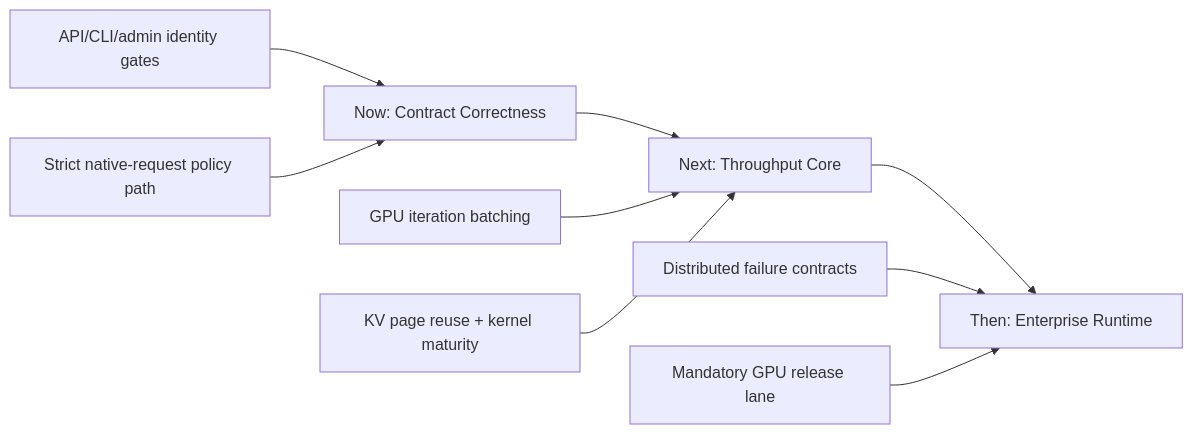
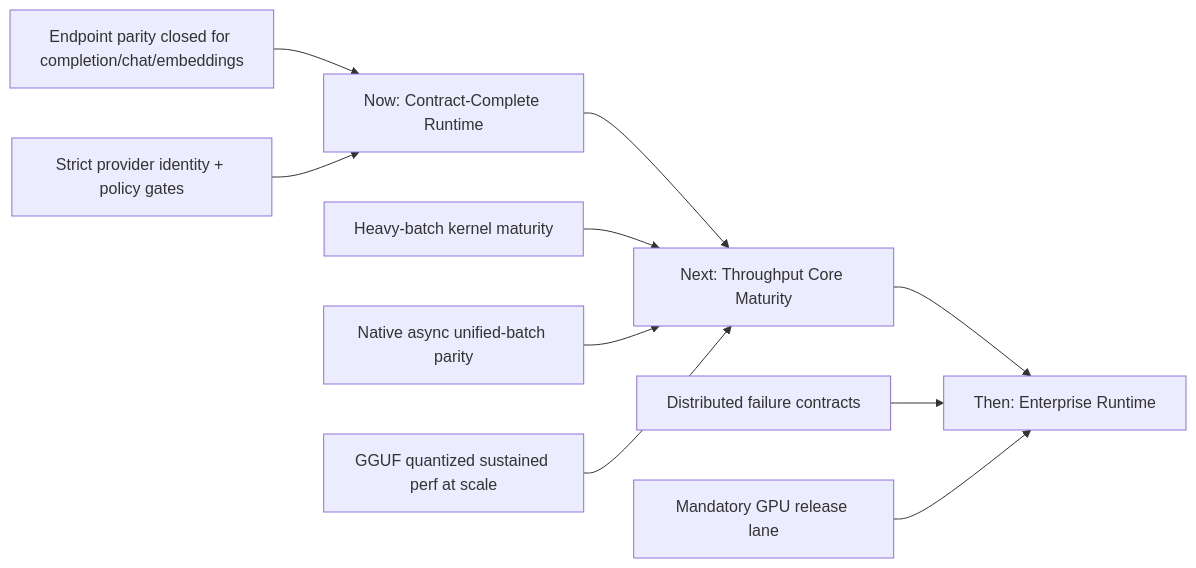
The diagram in docs/Roadmap.md (vjsingh1984/inferflux), drawn with Mermaid before and after one commit. The commit also changed other lines of this file and 29 other files, not shown here.

Commit message:
Close native parity contracts and advance CUDA runtime

````diff
--- a/docs/Roadmap.md
+++ b/docs/Roadmap.md
@@ -7,14 +7,15 @@
 ```mermaid
 flowchart LR
-    A[Now: Contract Correctness] --> B[Next: Throughput Core]
+    A[Now: Contract-Complete Runtime] --> B[Next: Throughput Core Maturity]
     B --> C[Then: Enterprise Runtime]
 
-    A1[API/CLI/admin identity gates] --> A
-    A2[Strict native-request policy path] --> A
+    A1[Endpoint parity closed for completion/chat/embeddings] --> A
+    A2[Strict provider identity + policy gates] --> A
 
-    B1[GPU iteration batching] --> B
-    B2[KV page reuse + kernel maturity] --> B
+    B1[Heavy-batch kernel maturity] --> B
+    B2[Native async unified-batch parity] --> B
+    B3[GGUF quantized sustained perf at scale] --> B
 
     C1[Distributed failure contracts] --> C
     C2[Mandatory GPU release lane] --> C
 ```
````
